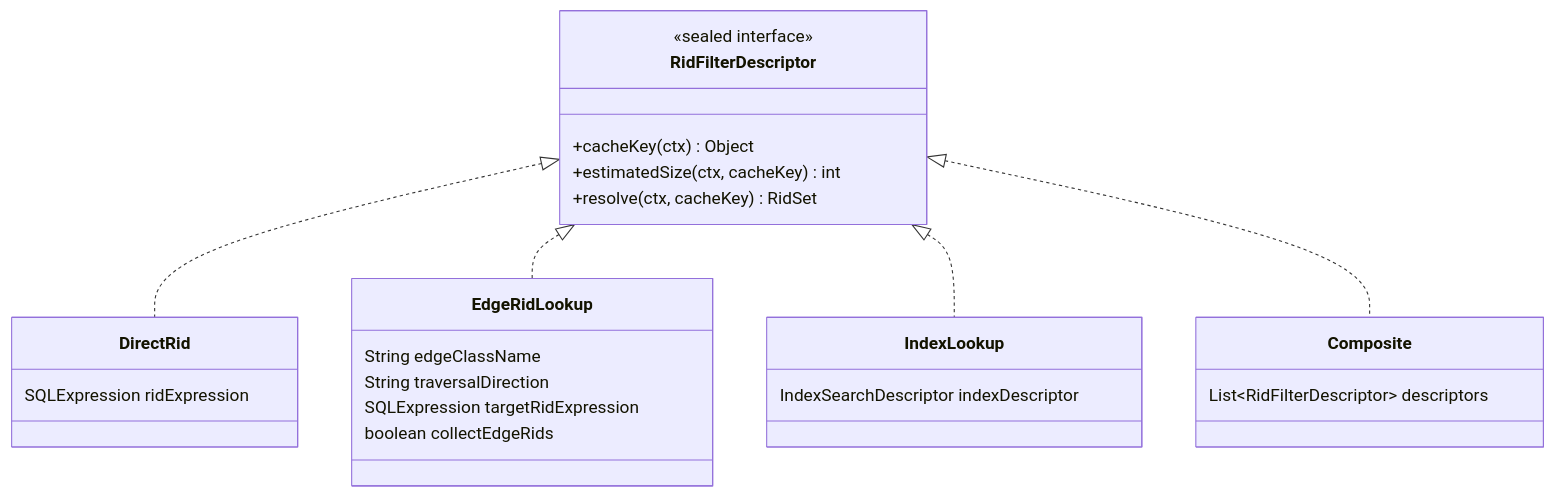
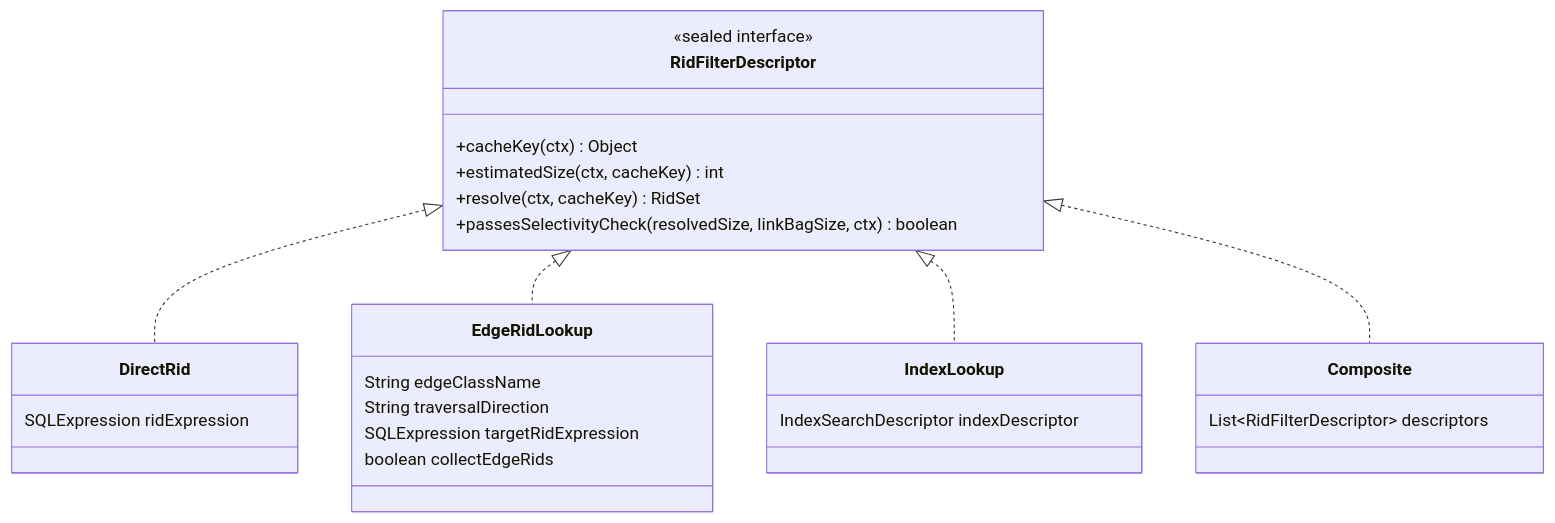
The second of 2 diagrams in docs/yql-internals-book/chapters/14-index-assisted-traversal.md (JetBrains/youtrackdb), drawn with Mermaid before and after one commit. The commit also changed other lines of this file and 21 other files, not shown here.

````diff
--- a/docs/yql-internals-book/chapters/14-index-assisted-traversal.md
+++ b/docs/yql-internals-book/chapters/14-index-assisted-traversal.md
@@ -88,28 +88,29 @@
 ```mermaid
 classDiagram
     class RidFilterDescriptor {
       <<sealed interface>>
       +cacheKey(ctx) Object
       +estimatedSize(ctx, cacheKey) int
       +resolve(ctx, cacheKey) RidSet
+      +passesSelectivityCheck(resolvedSize, linkBagSize, ctx) boolean
     }
     class DirectRid {
       SQLExpression ridExpression
     }
     class EdgeRidLookup {
       String edgeClassName
       String traversalDirection
       SQLExpression targetRidExpression
       boolean collectEdgeRids
     }
     class IndexLookup {
       IndexSearchDescriptor indexDescriptor
     }
     class Composite {
       List~RidFilterDescriptor~ descriptors
     }
     RidFilterDescriptor <|.. DirectRid
     RidFilterDescriptor <|.. EdgeRidLookup
     RidFilterDescriptor <|.. IndexLookup
     RidFilterDescriptor <|.. Composite
 ```
````
